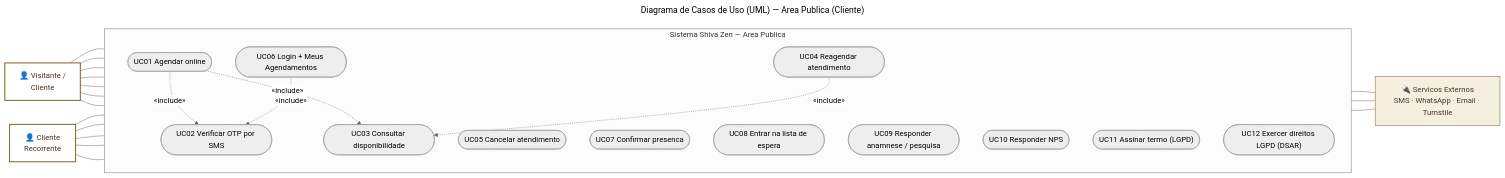
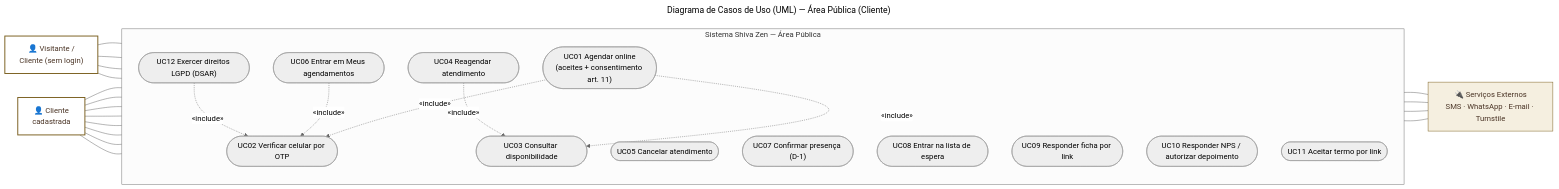
One commit to RafaelSMaciel/jaqueline-aranha-estetica changed the diagram in docs/diagramas/01-casos-uso-publico.mmd. Above: the diagram before and after it, drawn with Mermaid (neutral theme). The commit also changed 30 other files, not shown here.

```diff
--- a/docs/diagramas/01-casos-uso-publico.mmd
+++ b/docs/diagramas/01-casos-uso-publico.mmd
@@ -1,48 +1,50 @@
 ---
-title: Diagrama de Casos de Uso (UML) — Area Publica (Cliente)
+title: Diagrama de Casos de Uso (UML) — Área Pública (Cliente)
 ---
 flowchart LR
-    A1["👤 Visitante /<br/>Cliente"]:::ator
-    A2["👤 Cliente<br/>Recorrente"]:::ator
-    A3["🔌 Servicos Externos<br/>SMS · WhatsApp · Email · Turnstile"]:::ext
+    A1["👤 Visitante /<br/>Cliente (sem login)"]:::ator
+    A2["👤 Cliente<br/>cadastrada"]:::ator
+    A3["🔌 Serviços Externos<br/>SMS · WhatsApp · E-mail · Turnstile"]:::ext
 
-    subgraph S["Sistema Shiva Zen — Area Publica"]
+    subgraph S["Sistema Shiva Zen — Área Pública"]
         direction TB
-        UC01(["UC01 Agendar online"])
-        UC02(["UC02 Verificar OTP por SMS"])
+        UC01(["UC01 Agendar online<br/>(aceites + consentimento art. 11)"])
+        UC02(["UC02 Verificar celular por OTP"])
         UC03(["UC03 Consultar disponibilidade"])
         UC04(["UC04 Reagendar atendimento"])
         UC05(["UC05 Cancelar atendimento"])
-        UC06(["UC06 Login + Meus Agendamentos"])
-        UC07(["UC07 Confirmar presenca"])
+        UC06(["UC06 Entrar em Meus agendamentos"])
+        UC07(["UC07 Confirmar presença (D-1)"])
         UC08(["UC08 Entrar na lista de espera"])
-        UC09(["UC09 Responder anamnese / pesquisa"])
-        UC10(["UC10 Responder NPS"])
-        UC11(["UC11 Assinar termo (LGPD)"])
+        UC09(["UC09 Responder ficha por link"])
+        UC10(["UC10 Responder NPS / autorizar depoimento"])
+        UC11(["UC11 Aceitar termo por link"])
         UC12(["UC12 Exercer direitos LGPD (DSAR)"])
     end
 
     A1 --- UC01
     A1 --- UC03
-    A1 --- UC07
     A1 --- UC08
     A1 --- UC09
-    A1 --- UC10
-    A1 --- UC11
     A2 --- UC01
     A2 --- UC04
     A2 --- UC05
     A2 --- UC06
+    A2 --- UC07
+    A2 --- UC10
+    A2 --- UC11
     A2 --- UC12
 
     UC01 -.->|«include»| UC02
     UC01 -.->|«include»| UC03
     UC04 -.->|«include»| UC03
     UC06 -.->|«include»| UC02
+    UC12 -.->|«include»| UC02
 
     UC02 --- A3
+    UC07 --- A3
+    UC08 --- A3
     UC10 --- A3
-    UC01 --- A3
 
     classDef ator fill:#ffffff,stroke:#7a5f1f,stroke-width:2px,color:#4A3425
     classDef ext fill:#f5efe0,stroke:#7a5f1f,stroke-width:1px,color:#4A3425
```
